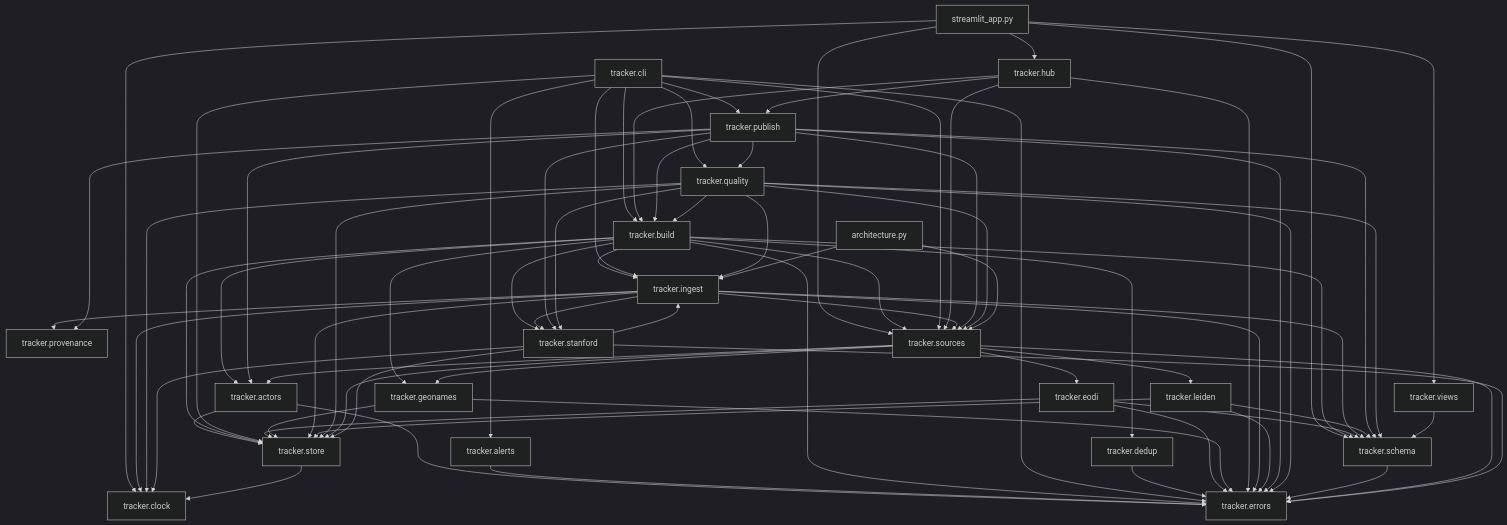
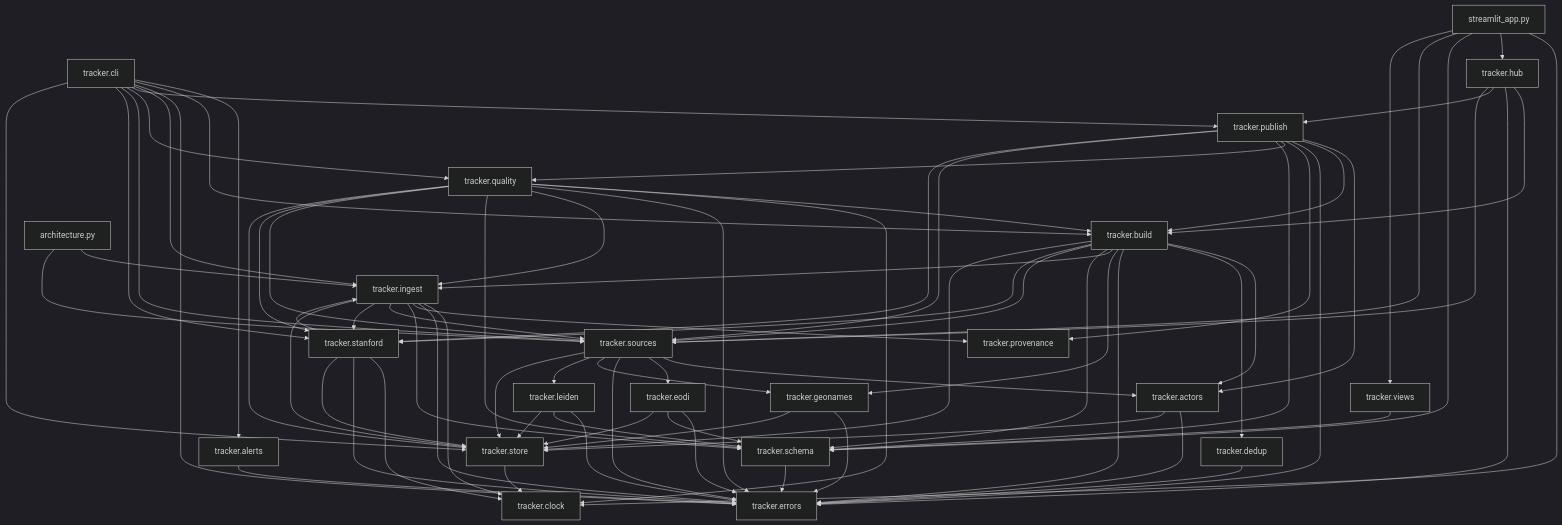
One commit to tryph0n/hybrid-tracker changed the third of 3 diagrams in docs/architecture.md. Above: the diagram before and after it, drawn with Mermaid (dark theme). The commit also changed other lines of this file and 8 other files, not shown here.

```diff
--- a/docs/architecture.md
+++ b/docs/architecture.md
@@ -208,6 +214,7 @@
   module_tracker_cli --> module_tracker_publish
   module_tracker_cli --> module_tracker_quality
   module_tracker_cli --> module_tracker_sources
+  module_tracker_cli --> module_tracker_stanford
   module_tracker_cli --> module_tracker_store
   module_tracker_dedup --> module_tracker_errors
   module_tracker_eodi --> module_tracker_errors
```
